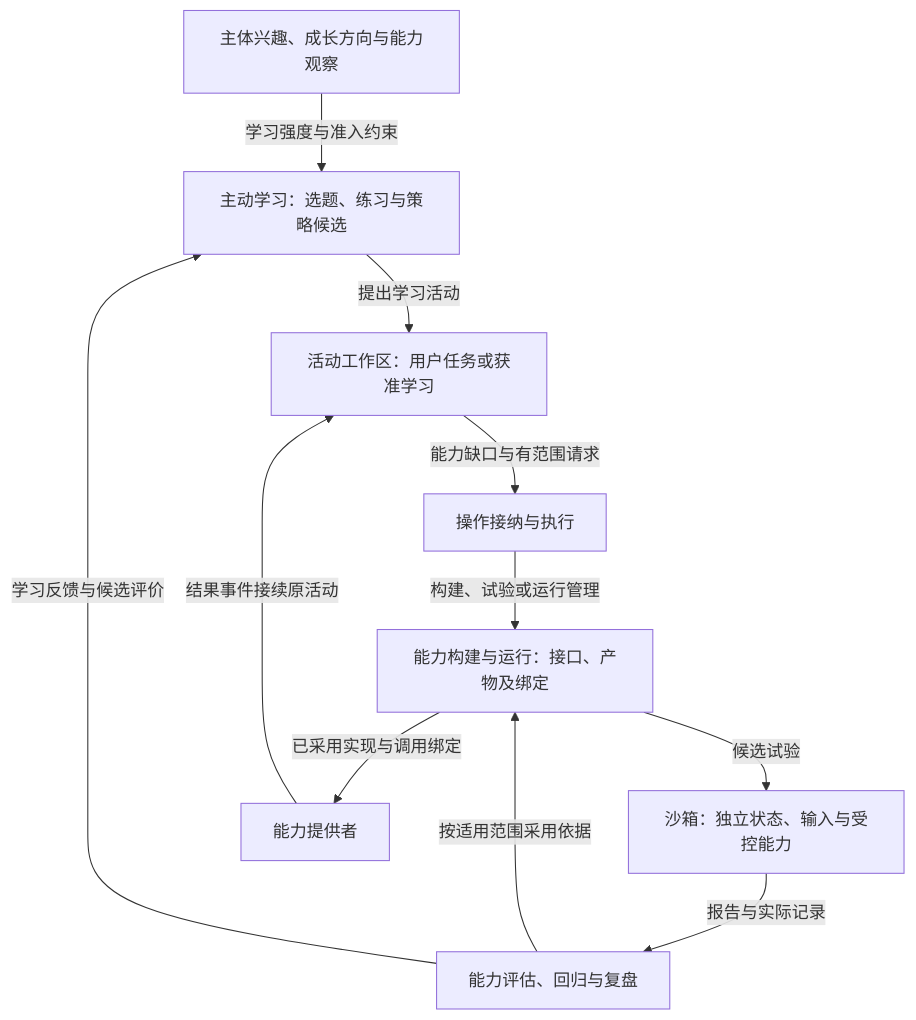
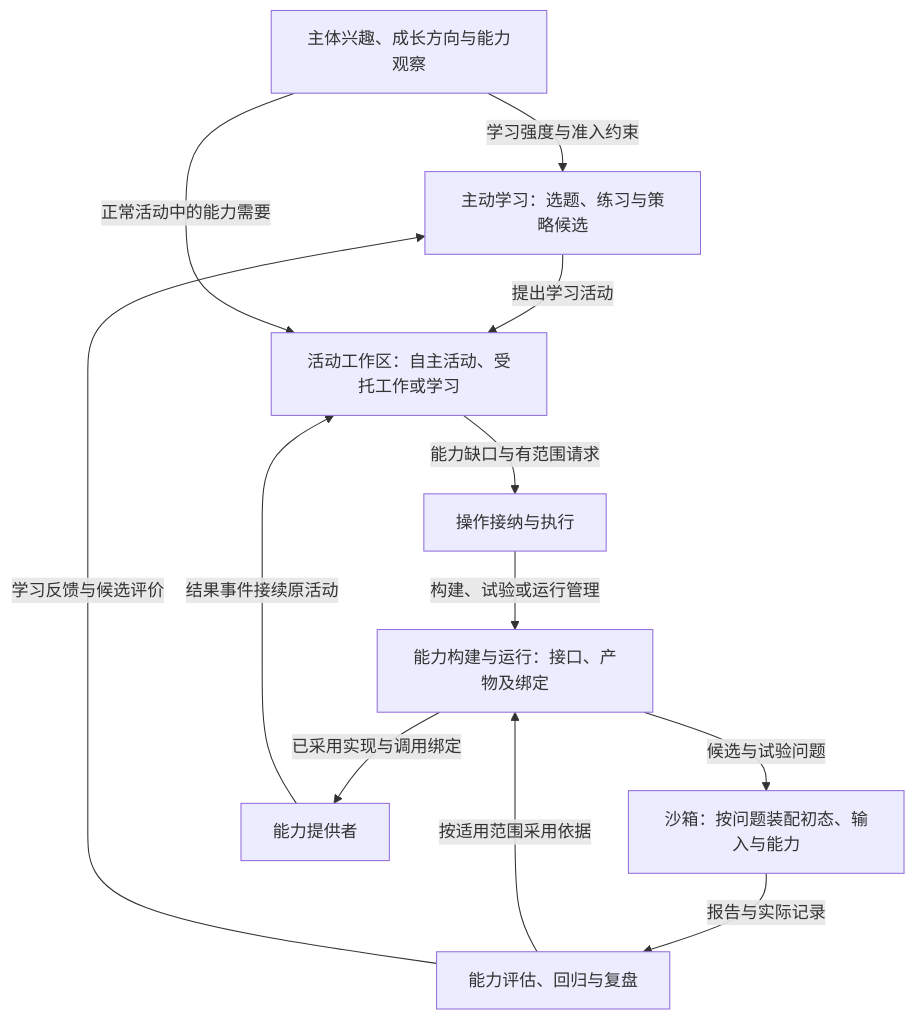
The seventh of 13 diagrams in DESIGN.md (d7z-project/TinyAGI), drawn with Mermaid before and after one commit. The commit also changed other lines of this file and 30 other files, not shown here.

````diff
--- a/DESIGN.md
+++ b/DESIGN.md
@@ -220,13 +234,14 @@
 ```mermaid
 flowchart TB
     Self["主体兴趣、成长方向与能力观察"] -->|"学习强度与准入约束"| Learning["主动学习：选题、练习与策略候选"]
-    Learning -->|"提出学习活动"| Work["活动工作区：用户任务或获准学习"]
+    Learning -->|"提出学习活动"| Work["活动工作区：自主活动、受托工作或学习"]
+    Self -->|"正常活动中的能力需要"| Work
     Work -->|"能力缺口与有范围请求"| Execution["操作接纳与执行"]
     Execution -->|"构建、试验或运行管理"| Development["能力构建与运行：接口、产物及绑定"]
-    Development -->|"候选试验"| Sandbox["沙箱：独立状态、输入与受控能力"]
+    Development -->|"候选与试验问题"| Sandbox["沙箱：按问题装配初态、输入与能力"]
     Sandbox -->|"报告与实际记录"| Review["能力评估、回归与复盘"]
     Review -->|"按适用范围采用依据"| Development
     Review -->|"学习反馈与候选评价"| Learning
     Development -->|"已采用实现与调用绑定"| Providers["能力提供者"]
     Providers -->|"结果事件接续原活动"| Work
 ```
````
